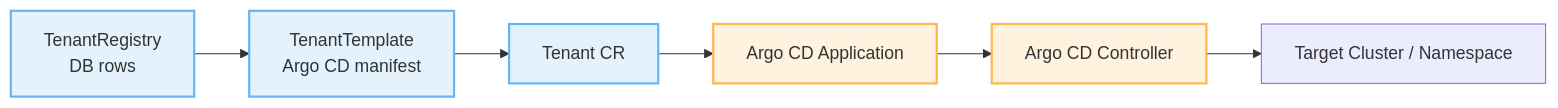
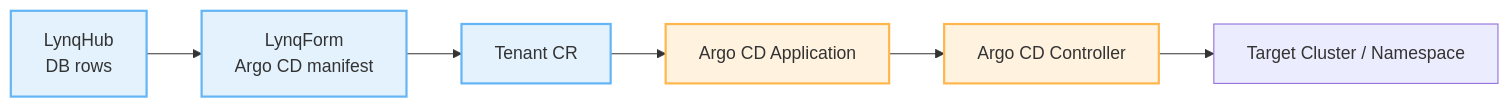
Before and after one commit to kubernetes-tenants/tenant-operator: the first of 3 diagrams in docs/integration-argocd.md, drawn with Mermaid. The commit also changed other lines of this file and 193 other files, not shown here.

````diff
--- a/docs/integration-argocd.md
+++ b/docs/integration-argocd.md
@@ -11,16 +11,16 @@
 ```mermaid
 flowchart LR
-    Registry["TenantRegistry<br/>DB rows"]
-    Template["TenantTemplate<br/>Argo CD manifest"]
+    Registry["LynqHub<br/>DB rows"]
+    Template["LynqForm<br/>Argo CD manifest"]
     Tenant["Tenant CR"]
     ArgoApp["Argo CD Application"]
     ArgoCD["Argo CD Controller"]
     Targets["Target Cluster / Namespace"]
 
     Registry --> Template --> Tenant --> ArgoApp --> ArgoCD --> Targets
 
     classDef control fill:#e3f2fd,stroke:#64b5f6,stroke-width:2px;
     classDef argocd fill:#fff3e0,stroke:#ffb74d,stroke-width:2px;
     class Registry,Template,Tenant control;
     class ArgoApp,ArgoCD argocd;
 ```
````
